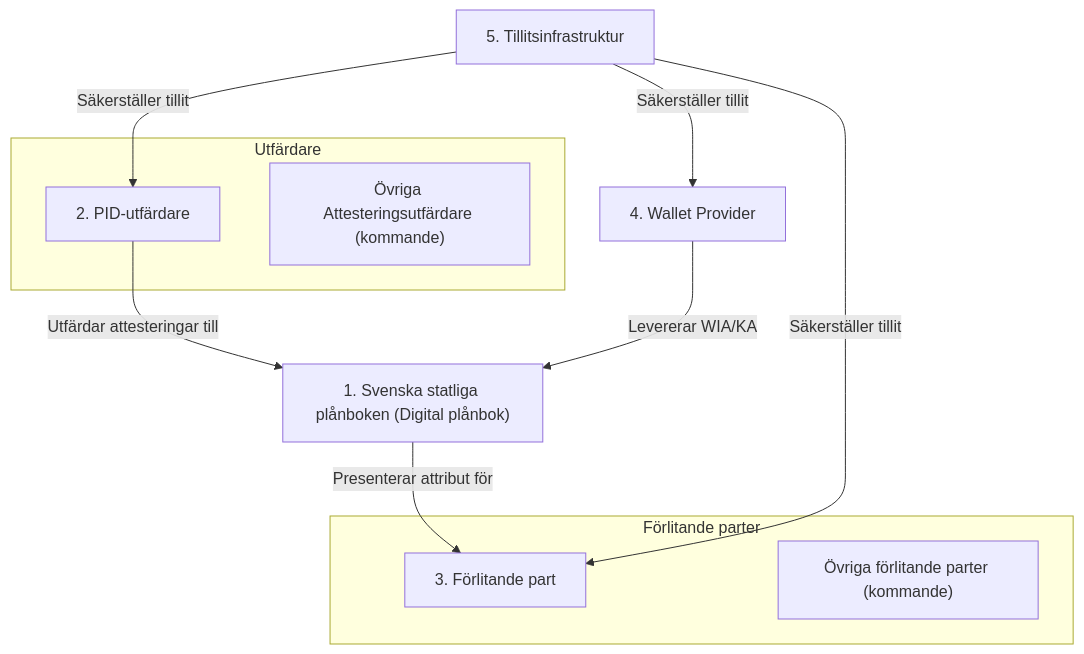
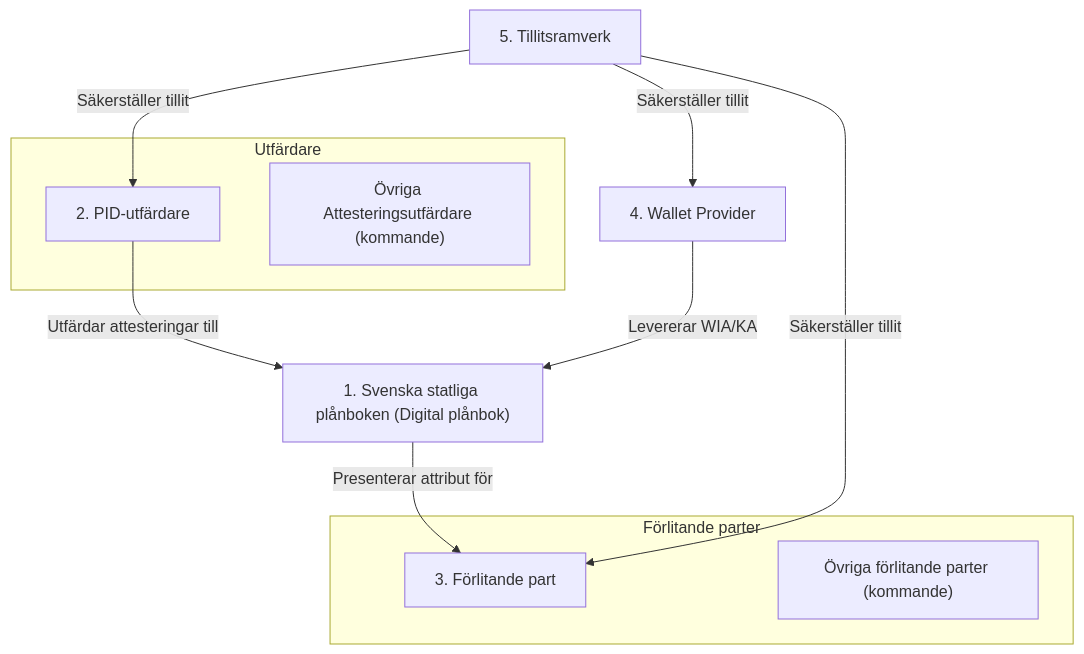
Before and after one commit to diggsweden/wallet-utvecklarportal: the diagram in _mermaid/sandbox.mmd, drawn with Mermaid. The commit also changed 5 other files, not shown here.

```diff
--- a/_mermaid/sandbox.mmd
+++ b/_mermaid/sandbox.mmd
@@ -1,21 +1,21 @@
 flowchart TD
     subgraph Issuers["Utfärdare"]
         A["2. PID-utfärdare"]
         B["Övriga Attesteringsutfärdare (kommande)"]
     end
 
     subgraph RelyingParties["Förlitande parter"]
         C["3. Förlitande part"]
         D["Övriga förlitande parter (kommande)"]
     end
 
     E["4. Wallet Provider"]
     F["1. Svenska statliga plånboken (Digital plånbok)"]
-    G["5. Tillitsinfrastruktur"]
+    G["5. Tillitsramverk"]
 
     A -->|Utfärdar attesteringar till| F
     E -->|Levererar WIA/KA| F
     F -->|Presenterar attribut för| C
     G -->|Säkerställer tillit| A
     G -->|Säkerställer tillit| E
     G -->|Säkerställer tillit| C
```
